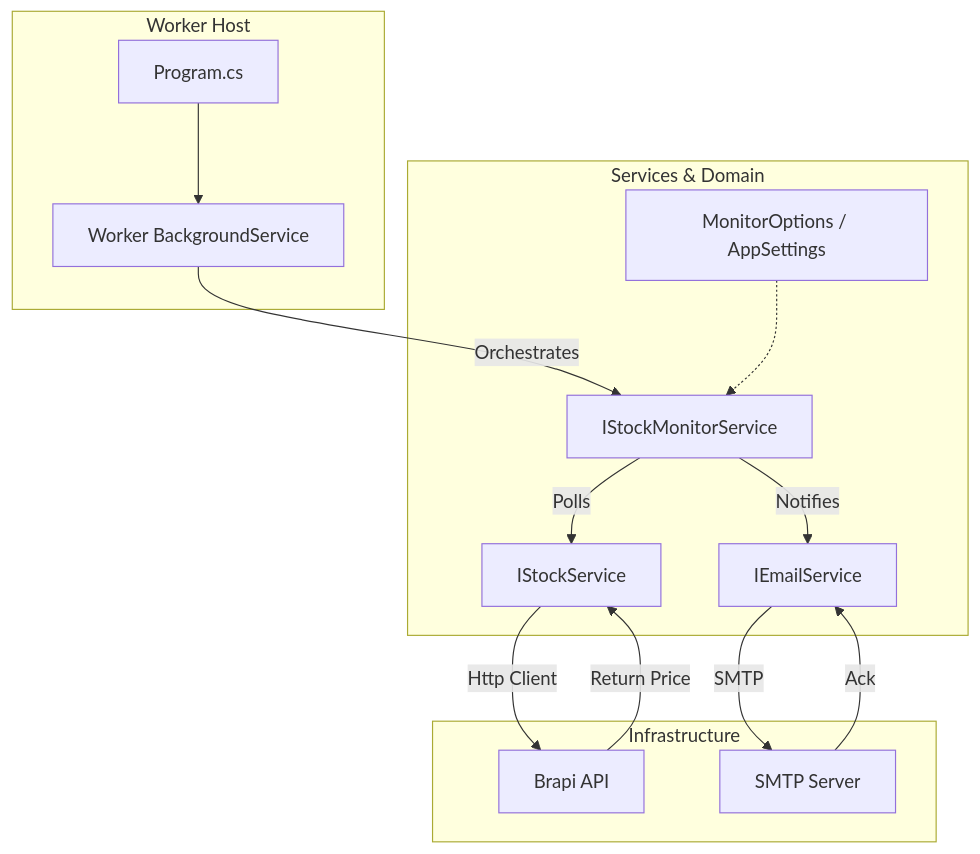
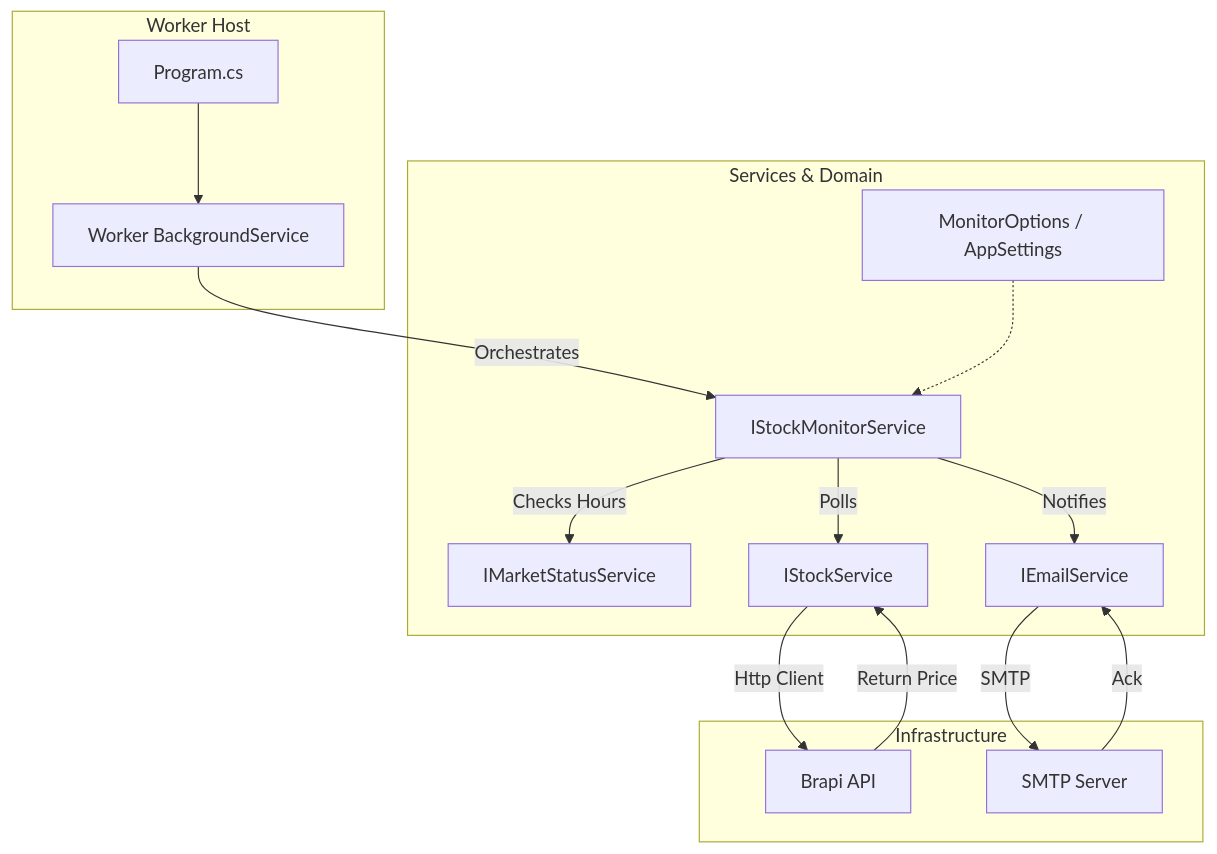
One commit to diogomassis/inoalert changed the diagram in README.md. Above: the diagram before and after it, drawn with Mermaid. The commit also changed other lines of this file, not shown here.

Commit message:
docs: update README.md to include MarketStatusService and its role in resource management

````diff
--- a/README.md
+++ b/README.md
@@ -119,21 +119,22 @@
 ```mermaid
 graph TD
     subgraph Host [Worker Host]
         Entry[Program.cs] --> Worker[Worker BackgroundService]
     end
 
     subgraph Core [Services & Domain]
         Worker --> |Orchestrates| Monitor[IStockMonitorService]
+        Monitor --> |Checks Hours| MarketChecker[IMarketStatusService]
         Monitor --> |Polls| IStock[IStockService]
         Monitor --> |Notifies| IEmail[IEmailService]
         Config[MonitorOptions / AppSettings] -.-> Monitor
     end
 
     subgraph Infra [Infrastructure]
         IStock --> |Http Client| Brapi[Brapi API]
         IEmail --> |SMTP| MailServer[SMTP Server]
     end
 
     Brapi --> |Return Price| IStock
     MailServer --> |Ack| IEmail
 ```
````
